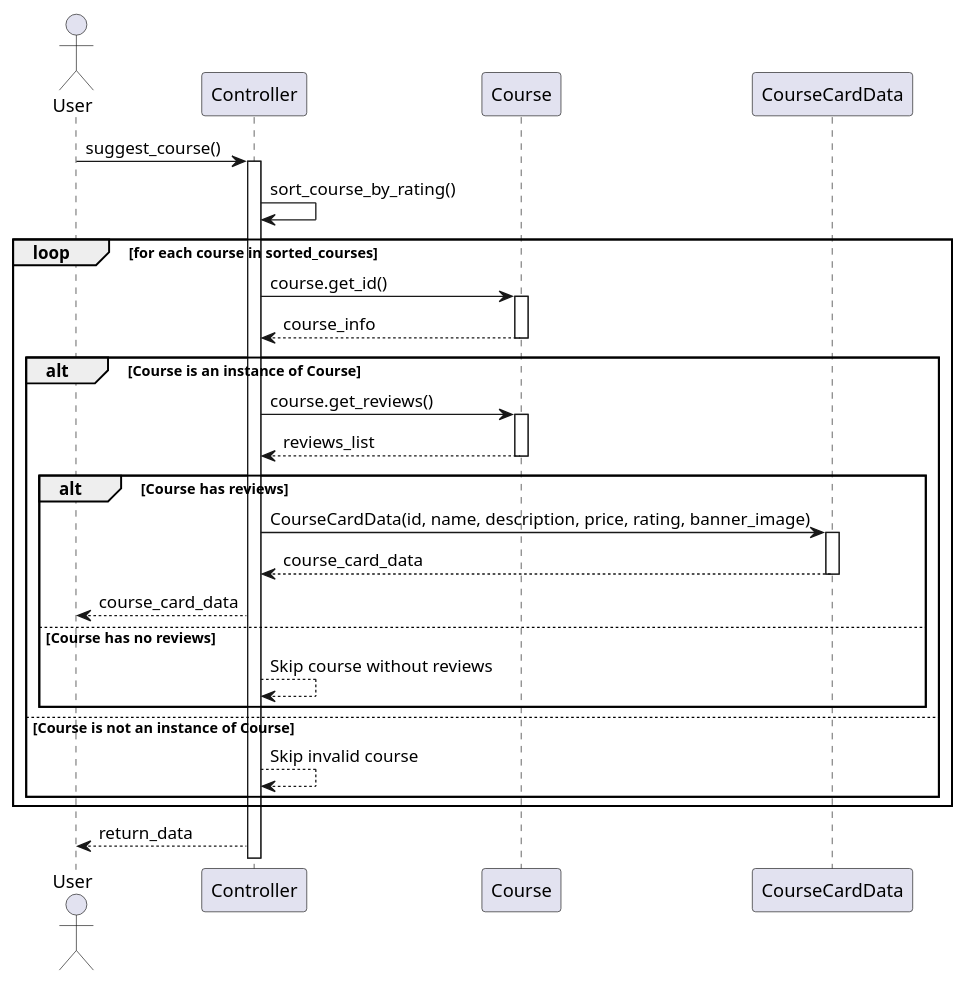
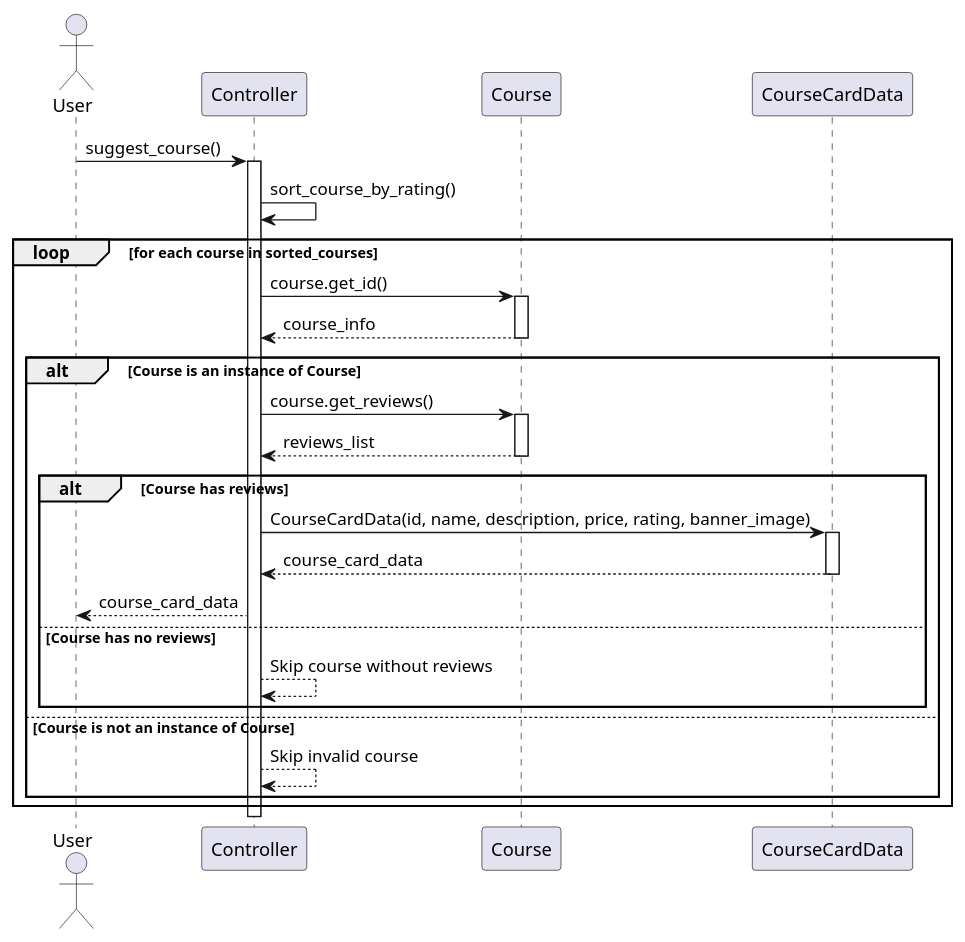
The diagram in diagrams/plantuml/home_page(suggest_course).puml (KMITLSuicide/KMITL-ObjectOrientedProgramming-Project), drawn with PlantUML before and after one commit. The commit also changed 39 other files, not shown here.

```diff
--- a/diagrams/plantuml/home_page(suggest_course).puml
+++ b/diagrams/plantuml/home_page(suggest_course).puml
@@ -1,41 +1,40 @@
 @startuml
 
 actor User
 participant Controller
 participant Course
 
 User -> Controller: suggest_course()
 activate Controller
 
 Controller -> Controller: sort_course_by_rating()
 
 loop for each course in sorted_courses
     Controller -> Course: course.get_id()
     activate Course
     Course --> Controller: course_info
     deactivate Course
 
     alt Course is an instance of Course
         Controller -> Course: course.get_reviews()
         activate Course
         Course --> Controller: reviews_list
         deactivate Course
 
         alt Course has reviews
             Controller -> CourseCardData: CourseCardData(id, name, description, price, rating, banner_image)
             activate CourseCardData
             CourseCardData --> Controller: course_card_data
             deactivate CourseCardData
 
             Controller --> User: course_card_data
         else Course has no reviews
             Controller --> Controller: Skip course without reviews
         end
     else Course is not an instance of Course
         Controller --> Controller: Skip invalid course
     end
 end
 
-Controller --> User: return_data
 
 @enduml
```
